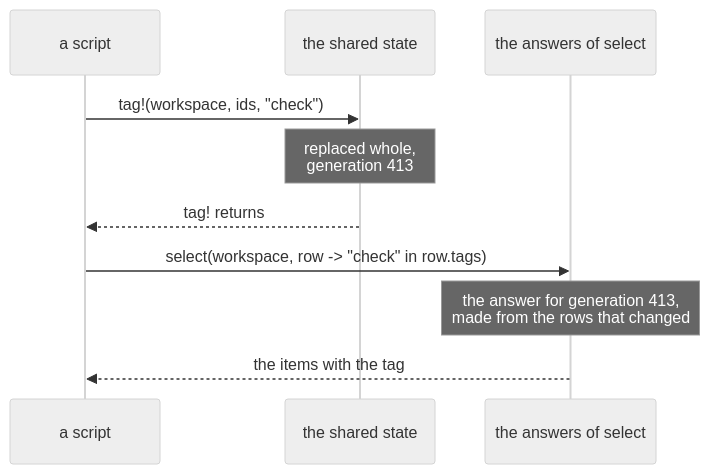
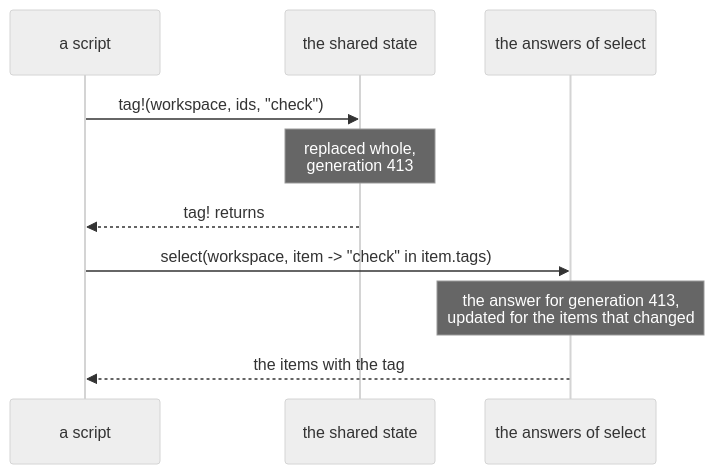
The second of 3 diagrams in docs/plans/client-api.md (digiefel/DataBrowser), drawn with Mermaid (neutral theme) before and after one commit. The commit also changed other lines of this file and 2 other files, not shown here.

Commit message:
Describe select and sort! in terms of items instead of rows, and the live code editor in the vision

````diff
--- a/docs/plans/client-api.md
+++ b/docs/plans/client-api.md
@@ -69,12 +65,12 @@
 ```mermaid
 sequenceDiagram
     participant C as a script
     participant S as the shared state
     participant A as the answers of select
     C->>S: tag!(workspace, ids, "check")
     Note over S: replaced whole,<br/>generation 413
     S-->>C: tag! returns
-    C->>A: select(workspace, row -> "check" in row.tags)
-    Note over A: the answer for generation 413,<br/>made from the rows that changed
+    C->>A: select(workspace, item -> "check" in item.tags)
+    Note over A: the answer for generation 413,<br/>updated for the items that changed
     A-->>C: the items with the tag
 ```
````
